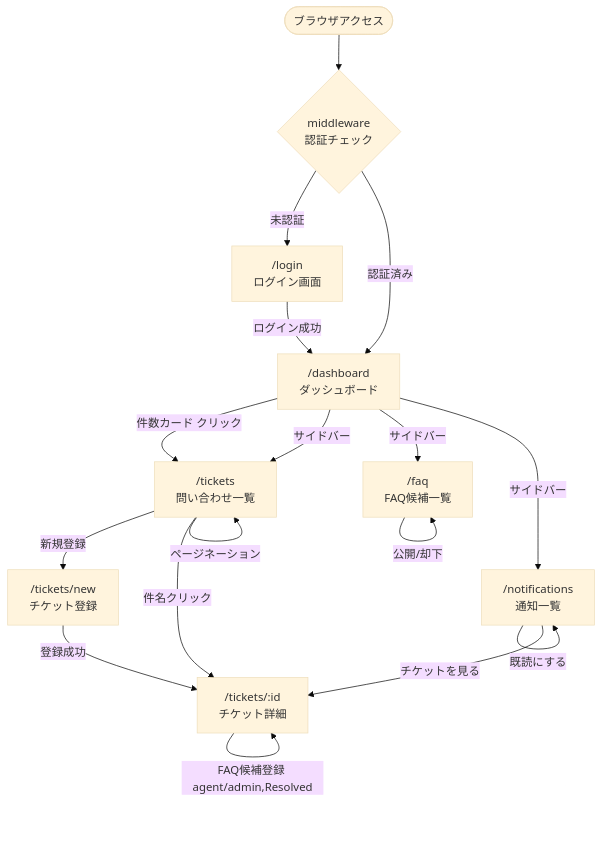
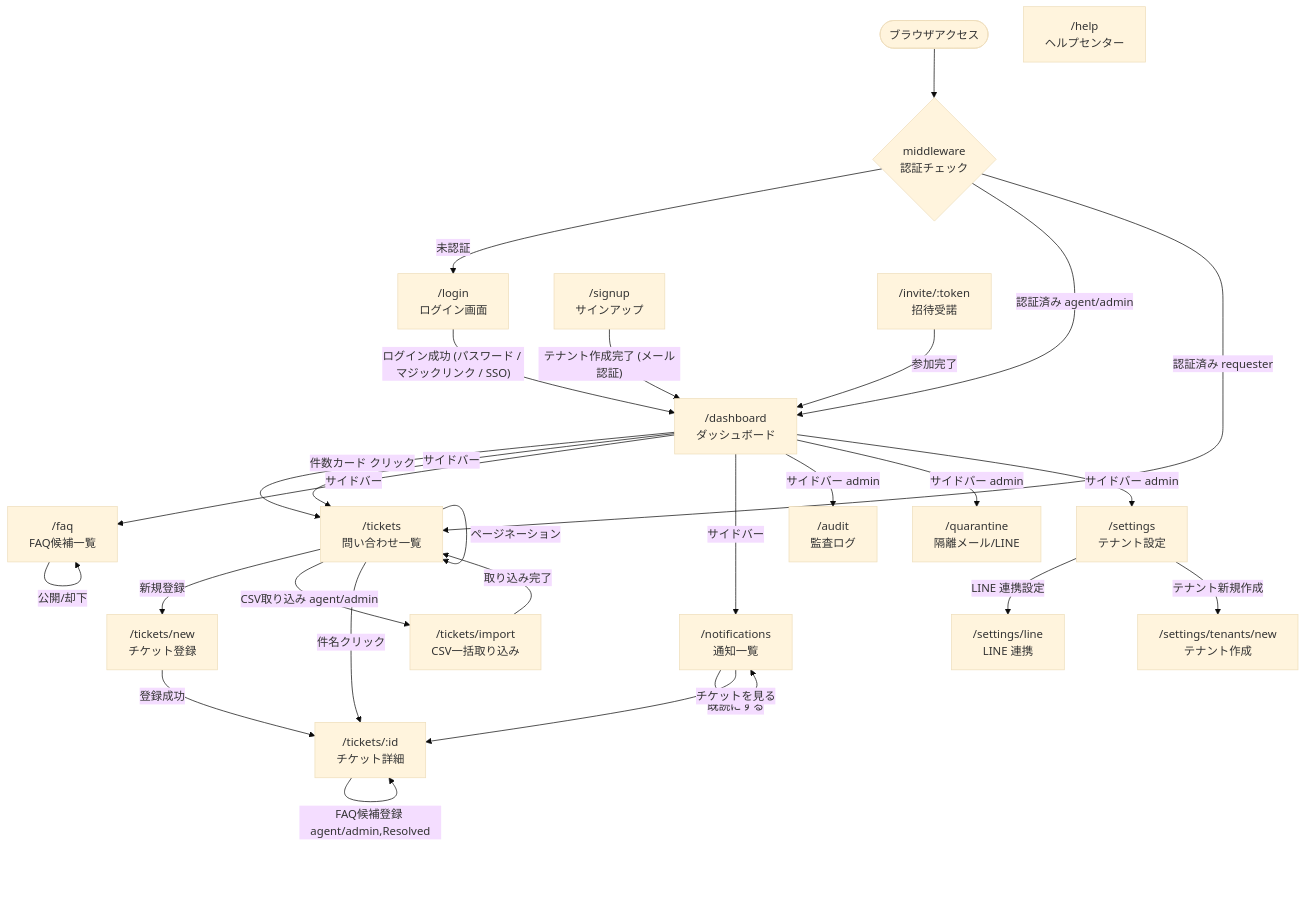
One commit to izumacha/helpdesk-hub changed the first of 2 diagrams in docs/overview.md. Above: the diagram before and after it, drawn with Mermaid (base theme). The commit also changed other lines of this file and 1 other file, not shown here.

First line of the commit message:
docs(docs): overview と画面遷移図を現行の画面・実装状況に更新

````diff
--- a/docs/overview.md
+++ b/docs/overview.md
@@ -116,30 +136,43 @@
 ```mermaid
 flowchart TD
     Start([ブラウザアクセス]) --> MW{"middleware<br/>認証チェック"}
     MW -- 未認証 --> Login["/login<br/>ログイン画面"]
-    MW -- 認証済み --> Dashboard["/dashboard<br/>ダッシュボード"]
-    Login -- ログイン成功 --> Dashboard
+    MW -- 認証済み agent/admin --> Dashboard["/dashboard<br/>ダッシュボード"]
+    MW -- 認証済み requester --> TicketList["/tickets<br/>問い合わせ一覧"]
+    Login -- "ログイン成功 (パスワード / マジックリンク / SSO)" --> Dashboard
+
+    Signup["/signup<br/>サインアップ"] -- "テナント作成完了 (メール認証)" --> Dashboard
+    Invite["/invite/:token<br/>招待受諾"] -- 参加完了 --> Dashboard
+    Help["/help<br/>ヘルプセンター"]
 
     Dashboard -- 件数カード クリック --> TicketList
-    Dashboard -- サイドバー --> TicketList["/tickets<br/>問い合わせ一覧"]
+    Dashboard -- サイドバー --> TicketList
     Dashboard -- サイドバー --> FAQ["/faq<br/>FAQ候補一覧"]
     Dashboard -- サイドバー --> Notifications["/notifications<br/>通知一覧"]
+    Dashboard -- サイドバー admin --> Audit["/audit<br/>監査ログ"]
+    Dashboard -- サイドバー admin --> Quarantine["/quarantine<br/>隔離メール/LINE"]
+    Dashboard -- サイドバー admin --> Settings["/settings<br/>テナント設定"]
 
     TicketList -- 新規登録 --> TicketNew["/tickets/new<br/>チケット登録"]
+    TicketList -- "CSV取り込み agent/admin" --> TicketImport["/tickets/import<br/>CSV一括取り込み"]
+    TicketImport -- 取り込み完了 --> TicketList
     TicketList -- 件名クリック --> TicketDetail["/tickets/:id<br/>チケット詳細"]
     TicketList -- フィルタ/検索 --> TicketList
     TicketList -- ページネーション --> TicketList
 
     TicketNew -- 登録成功 --> TicketDetail
 
     TicketDetail -- ステータス変更 agent/admin --> TicketDetail
     TicketDetail -- 優先度変更 agent/admin --> TicketDetail
     TicketDetail -- 担当者変更 agent/admin --> TicketDetail
-    TicketDetail -- コメント投稿 --> TicketDetail
+    TicketDetail -- コメント投稿・画像添付 --> TicketDetail
     TicketDetail -- エスカレーション agent/admin --> TicketDetail
     TicketDetail -- FAQ候補登録 agent/admin,Resolved --> TicketDetail
 
     FAQ -- 公開/却下 --> FAQ
     Notifications -- 既読にする --> Notifications
     Notifications -- チケットを見る --> TicketDetail
+
+    Settings -- LINE 連携設定 --> SettingsLine["/settings/line<br/>LINE 連携"]
+    Settings -- テナント新規作成 --> TenantNew["/settings/tenants/new<br/>テナント作成"]
 ```
````
